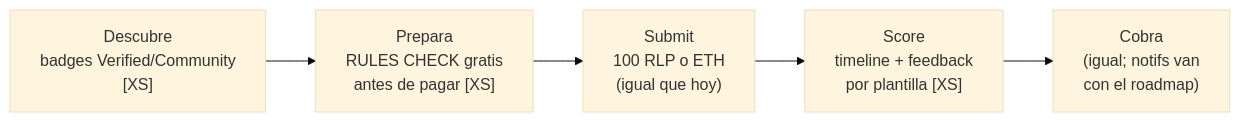
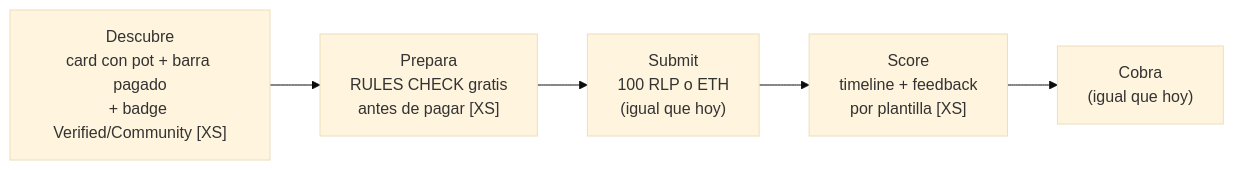
The first of 2 diagrams in rally-flows/app-rally-flows.md (sergiogenlayer/predictionmarket), drawn with Mermaid (base theme) before and after one commit. The commit also changed other lines of this file and 2 other files, not shown here.

First line of the commit message:
Drop launch kit, make Community auto-creation explicit, 3-screen wizard (v5)

````diff
--- a/rally-flows/app-rally-flows.md
+++ b/rally-flows/app-rally-flows.md
@@ -14,7 +12,7 @@
 ```mermaid
 flowchart LR
-    A["Descubre<br/>badges Verified/Community<br/>[XS]"] --> B["Prepara<br/>RULES CHECK gratis<br/>antes de pagar [XS]"]
+    A["Descubre<br/>card con pot + barra pagado<br/>+ badge Verified/Community [XS]"] --> B["Prepara<br/>RULES CHECK gratis<br/>antes de pagar [XS]"]
     B --> C["Submit<br/>100 RLP o ETH<br/>(igual que hoy)"]
     C --> D["Score<br/>timeline + feedback<br/>por plantilla [XS]"]
-    D --> E["Cobra<br/>(igual; notifs van<br/>con el roadmap)"]
+    D --> E["Cobra<br/>(igual que hoy)"]
 ```
````
